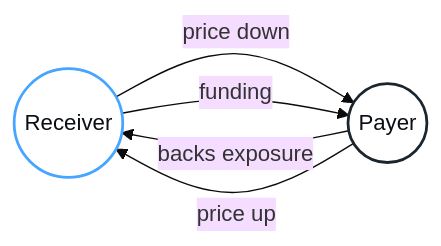
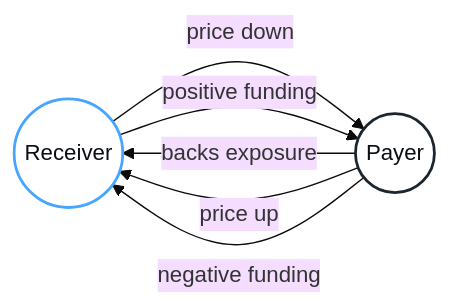
Before and after one commit to Null-Solutions/v1-docs: the diagram in diagrams/receiver-payer-flow.mmd, drawn with Mermaid (base theme). The commit also changed 56 other files, not shown here.

```diff
--- a/diagrams/receiver-payer-flow.mmd
+++ b/diagrams/receiver-payer-flow.mmd
@@ -1,13 +1,14 @@
 flowchart LR
   receiver(("Receiver"))
   payer(("Payer"))
 
   payer -- "backs exposure" --> receiver
   payer -- "price up" --> receiver
   receiver -- "price down" --> payer
-  receiver -- "funding" --> payer
+  receiver -- "positive funding" --> payer
+  payer -- "negative funding" --> receiver
 
   classDef receiver fill:#FFFFFF,color:#0B0E15,stroke:#45A5FF,stroke-width:2px;
   classDef payer fill:#FFFFFF,color:#0B0E15,stroke:#1B252D,stroke-width:2px;
   class receiver receiver;
   class payer payer;
```
